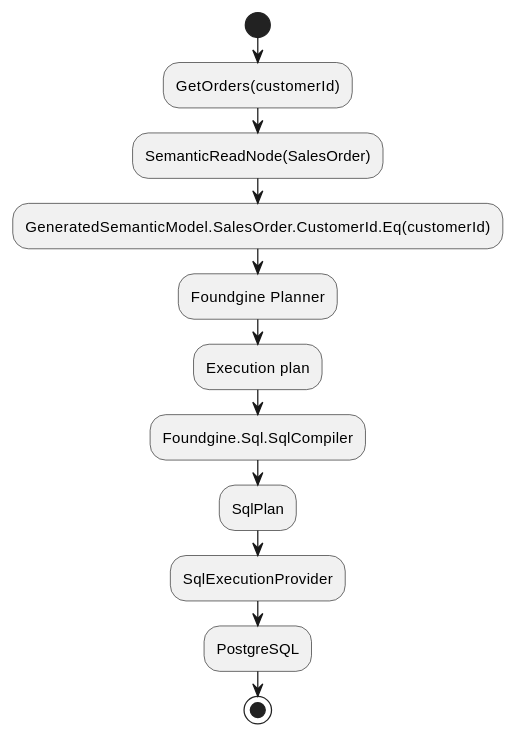
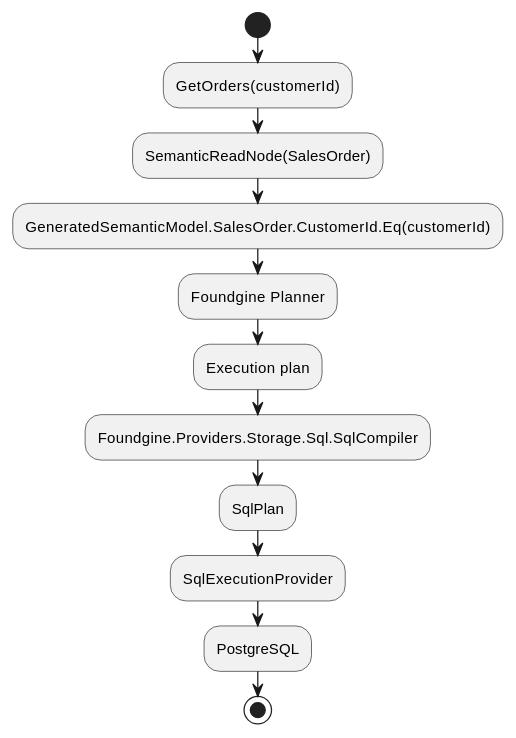
The fourth of 7 diagrams in samples/Foundgine.SupplyChain/GUIDE.md (CristianBarragan/CoffeeBean), drawn with PlantUML before and after one commit. The commit also changed other lines of this file and 1325 other files, not shown here.

````diff
--- a/samples/Foundgine.SupplyChain/GUIDE.md
+++ b/samples/Foundgine.SupplyChain/GUIDE.md
@@ -130,15 +130,15 @@
 ```plantuml
 @startuml
 start
 :GetOrders(customerId);
 :SemanticReadNode(SalesOrder);
 :GeneratedSemanticModel.SalesOrder.CustomerId.Eq(customerId);
 :Foundgine Planner;
 :Execution plan;
-:Foundgine.Sql.SqlCompiler;
+:Foundgine.Providers.Storage.Sql.SqlCompiler;
 :SqlPlan;
 :SqlExecutionProvider;
 :PostgreSQL;
 stop
 @enduml
 ```
````
